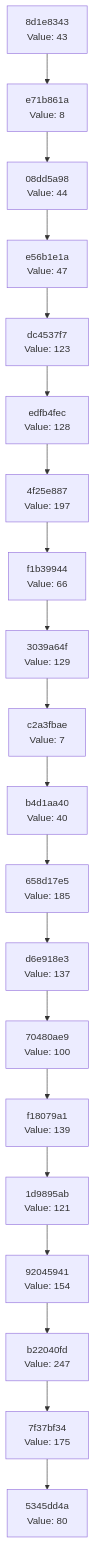
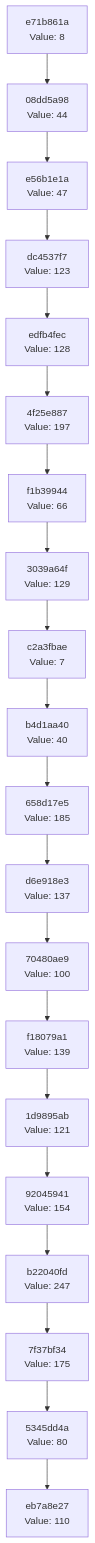
One commit to Abhisheksinha1506/hash-chain-evolver changed the diagram in docs/CHAIN_VISUALIZATION.md. Above: the diagram before and after it, drawn with Mermaid. The commit also changed 2 other files, not shown here.

Commit message:
Evolution Step

````diff
--- a/docs/CHAIN_VISUALIZATION.md
+++ b/docs/CHAIN_VISUALIZATION.md
@@ -3,42 +3,42 @@
 ```mermaid
 graph TD
-    C0["5345dd4a<br/>Value: 80"]
-    C1["7f37bf34<br/>Value: 175"]
+    C0["eb7a8e27<br/>Value: 110"]
+    C1["5345dd4a<br/>Value: 80"]
     C1 --> C0
-    C2["b22040fd<br/>Value: 247"]
+    C2["7f37bf34<br/>Value: 175"]
     C2 --> C1
-    C3["92045941<br/>Value: 154"]
+    C3["b22040fd<br/>Value: 247"]
     C3 --> C2
-    C4["1d9895ab<br/>Value: 121"]
+    C4["92045941<br/>Value: 154"]
     C4 --> C3
-    C5["f18079a1<br/>Value: 139"]
+    C5["1d9895ab<br/>Value: 121"]
     C5 --> C4
-    C6["70480ae9<br/>Value: 100"]
+    C6["f18079a1<br/>Value: 139"]
     C6 --> C5
-    C7["d6e918e3<br/>Value: 137"]
+    C7["70480ae9<br/>Value: 100"]
     C7 --> C6
-    C8["658d17e5<br/>Value: 185"]
+    C8["d6e918e3<br/>Value: 137"]
     C8 --> C7
-    C9["b4d1aa40<br/>Value: 40"]
+    C9["658d17e5<br/>Value: 185"]
     C9 --> C8
-    C10["c2a3fbae<br/>Value: 7"]
+    C10["b4d1aa40<br/>Value: 40"]
     C10 --> C9
-    C11["3039a64f<br/>Value: 129"]
+    C11["c2a3fbae<br/>Value: 7"]
     C11 --> C10
-    C12["f1b39944<br/>Value: 66"]
+    C12["3039a64f<br/>Value: 129"]
     C12 --> C11
-    C13["4f25e887<br/>Value: 197"]
+    C13["f1b39944<br/>Value: 66"]
     C13 --> C12
-    C14["edfb4fec<br/>Value: 128"]
+    C14["4f25e887<br/>Value: 197"]
     C14 --> C13
-    C15["dc4537f7<br/>Value: 123"]
+    C15["edfb4fec<br/>Value: 128"]
     C15 --> C14
-    C16["e56b1e1a<br/>Value: 47"]
+    C16["dc4537f7<br/>Value: 123"]
     C16 --> C15
-    C17["08dd5a98<br/>Value: 44"]
+    C17["e56b1e1a<br/>Value: 47"]
     C17 --> C16
-    C18["e71b861a<br/>Value: 8"]
+    C18["08dd5a98<br/>Value: 44"]
     C18 --> C17
-    C19["8d1e8343<br/>Value: 43"]
+    C19["e71b861a<br/>Value: 8"]
     C19 --> C18
 ```
````
